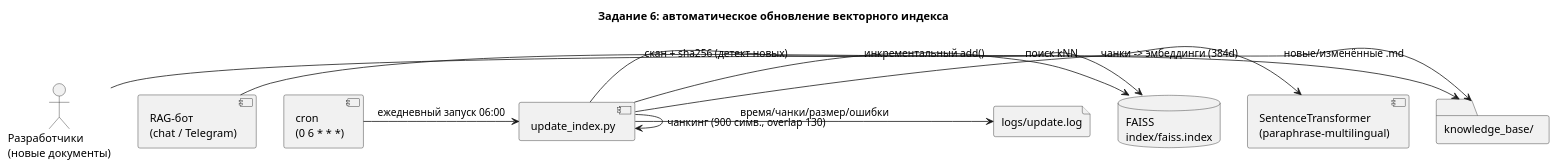
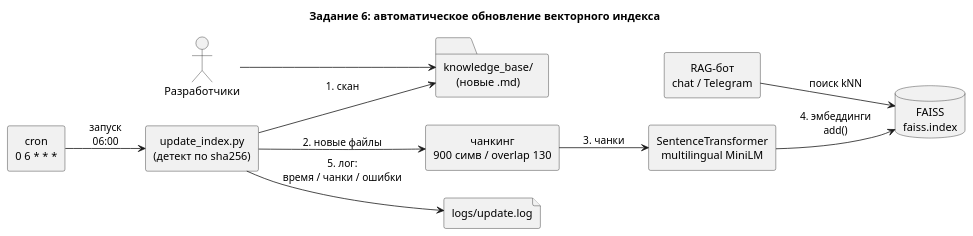
Before and after one commit to Alexandr-GoRust/architecture-pro-quantumforge: the diagram in docs/update_architecture.puml, drawn with PlantUML. The commit also changed 2 other files, not shown here.

Commit message:
Задание 5: выводы по демонстрации (корректное поведение vs потенциальные уязвимости); Задание 6: схема обновления переработана в горизонтальный конвейер — устранены наложения надписей

```diff
--- a/docs/update_architecture.puml
+++ b/docs/update_architecture.puml
@@ -1,21 +1,27 @@
 @startuml
 title Задание 6: автоматическое обновление векторного индекса
 
-actor "Разработчики\n(новые документы)" as Dev
-folder "knowledge_base/" as KB
-component "cron\n(0 6 * * *)" as Cron
-component "update_index.py" as Upd
-component "SentenceTransformer\n(paraphrase-multilingual)" as Enc
-database "FAISS\nindex/faiss.index" as Faiss
+left to right direction
+skinparam defaultTextAlignment center
+skinparam wrapWidth 160
+skinparam componentStyle rectangle
+
+actor "Разработчики" as Dev
+folder "knowledge_base/\n(новые .md)" as KB
+component "cron\n0 6 * * *" as Cron
+component "update_index.py\n(детект по sha256)" as Upd
+component "чанкинг\n900 симв / overlap 130" as Chunk
+component "SentenceTransformer\nmultilingual MiniLM" as Enc
+database "FAISS\nfaiss.index" as Faiss
 file "logs/update.log" as Log
-component "RAG-бот\n(chat / Telegram)" as Bot
+component "RAG-бот\nchat / Telegram" as Bot
 
-Dev -> KB : новые/изменённые .md
-Cron -> Upd : ежедневный запуск 06:00
-Upd -> KB : скан + sha256 (детект новых)
-Upd -> Upd : чанкинг (900 симв., overlap 130)
-Upd -> Enc : чанки -> эмбеддинги (384d)
-Upd -> Faiss : инкрементальный add()
-Upd -> Log : время/чанки/размер/ошибки
-Bot -> Faiss : поиск kNN
+Dev --> KB
+Cron --> Upd : запуск\n06:00
+Upd --> KB : 1. скан
+Upd --> Chunk : 2. новые файлы
+Chunk --> Enc : 3. чанки
+Enc --> Faiss : 4. эмбеддинги\nadd()
+Upd --> Log : 5. лог:\nвремя / чанки / ошибки
+Bot --> Faiss : поиск kNN
 @enduml
```
